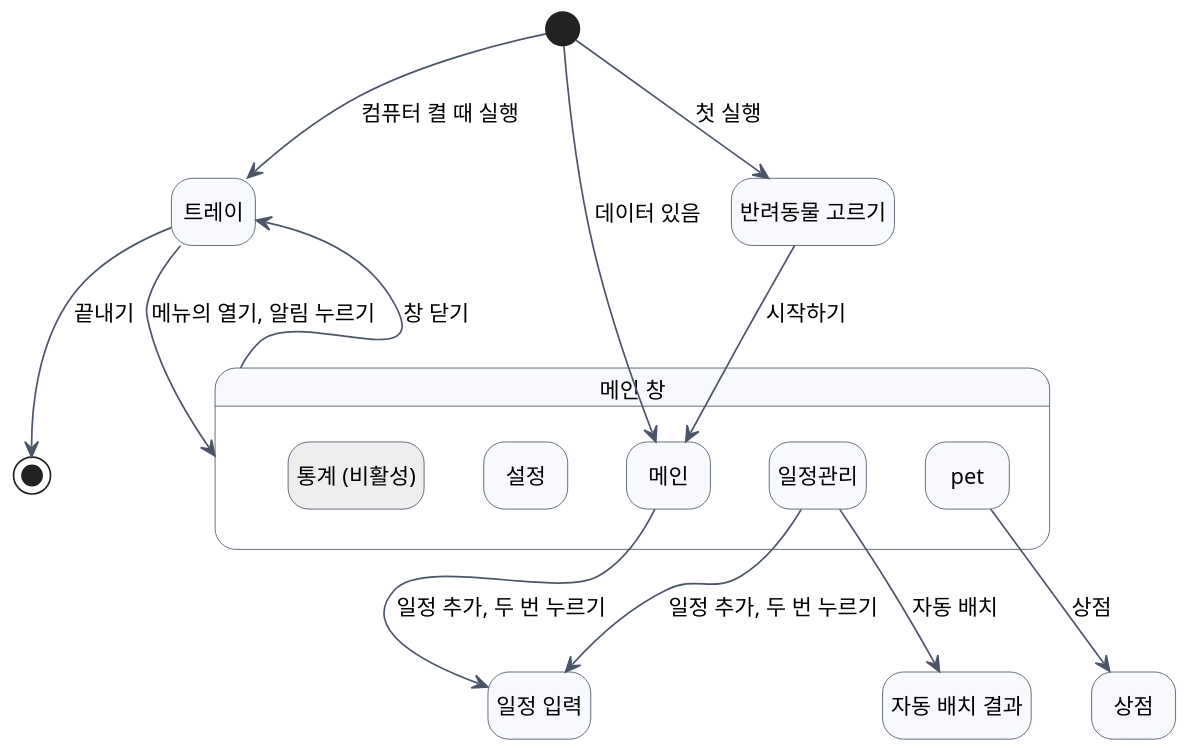
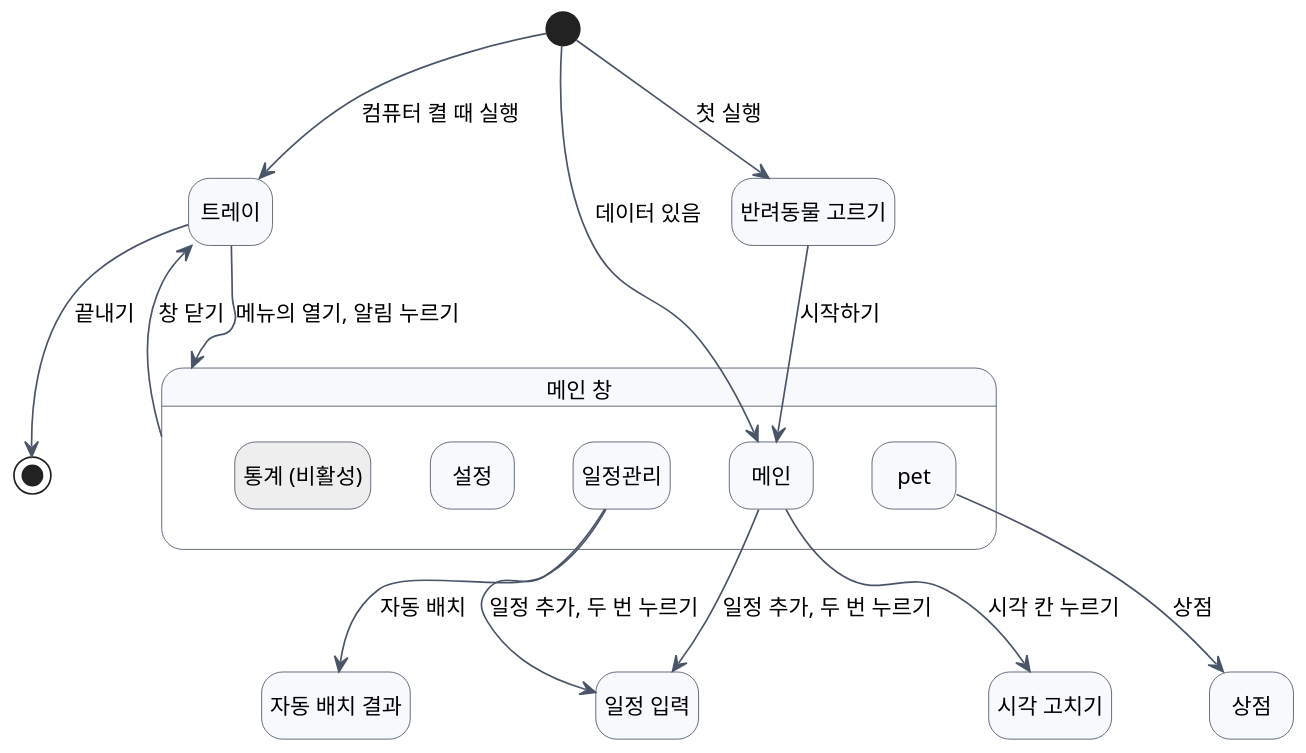
Before and after one commit to 2026-2-software-system-design-11/planning-pet-app: the diagram in docs/diagrams/ui-flow.puml, drawn with PlantUML. The commit also changed 11 other files, not shown here.

```diff
--- a/docs/diagrams/ui-flow.puml
+++ b/docs/diagrams/ui-flow.puml
@@ -1,37 +1,39 @@
 @startuml ui-flow
 skinparam defaultFontName "Apple SD Gothic Neo"
 skinparam defaultFontSize 13
 skinparam dpi 130
 skinparam shadowing false
 skinparam ArrowColor #4A5568
 skinparam state {
   BackgroundColor #F7F9FC
   BorderColor #4A5568
 }
 hide empty description
 
 state "반려동물 고르기" as Pick
 state "트레이" as Tray
 state "메인 창" as Win {
   state "메인" as Main
   state "일정관리" as Sched
   state "pet" as Pet
   state "설정" as Set
   state "통계 (비활성)" as Stat #EEEEEE
 }
 state "일정 입력" as Form
 state "자동 배치 결과" as Place
 state "상점" as Shop
+state "시각 고치기" as Time
 
 [*] --> Pick : 첫 실행
 [*] --> Main : 데이터 있음
 [*] --> Tray : 컴퓨터 켤 때 실행
 Pick --> Main : 시작하기
 Main --> Form : 일정 추가, 두 번 누르기
+Main --> Time : 시각 칸 누르기
 Sched --> Form : 일정 추가, 두 번 누르기
 Sched --> Place : 자동 배치
 Pet --> Shop : 상점
 Win --> Tray : 창 닫기
 Tray --> Win : 메뉴의 열기, 알림 누르기
 Tray --> [*] : 끝내기
 @enduml
```
